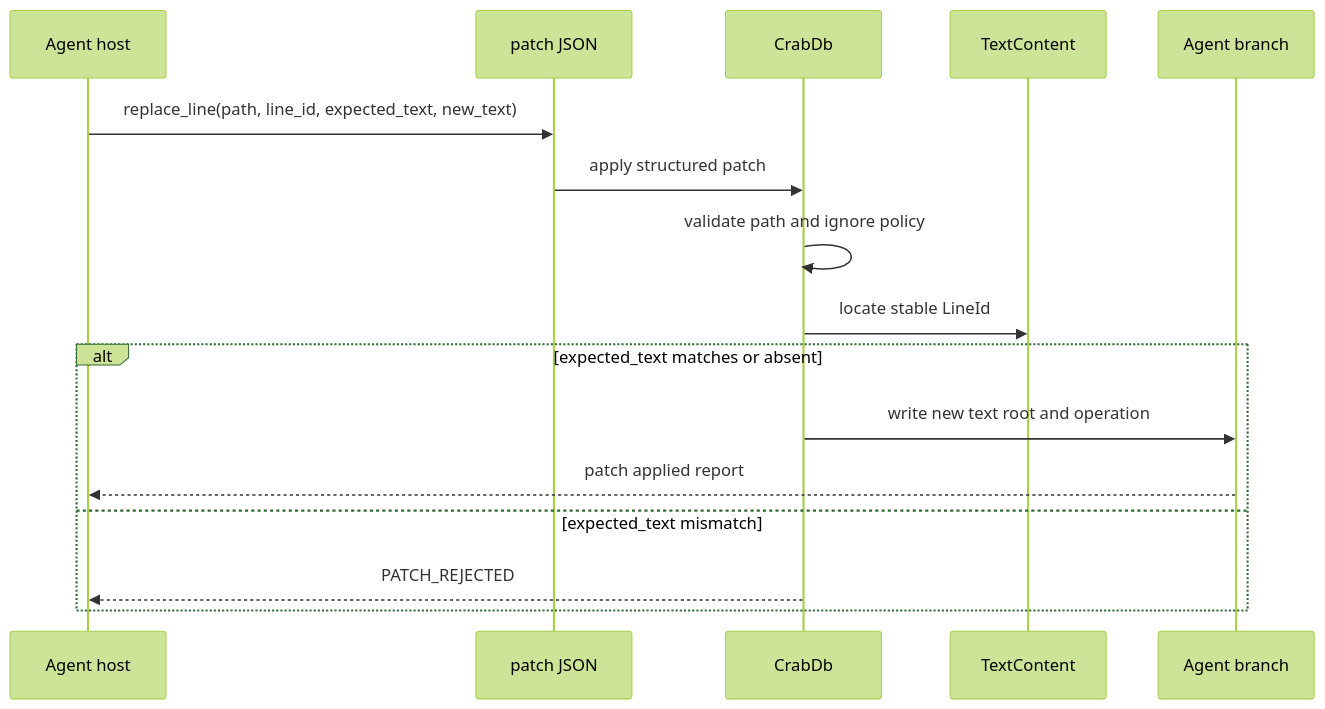
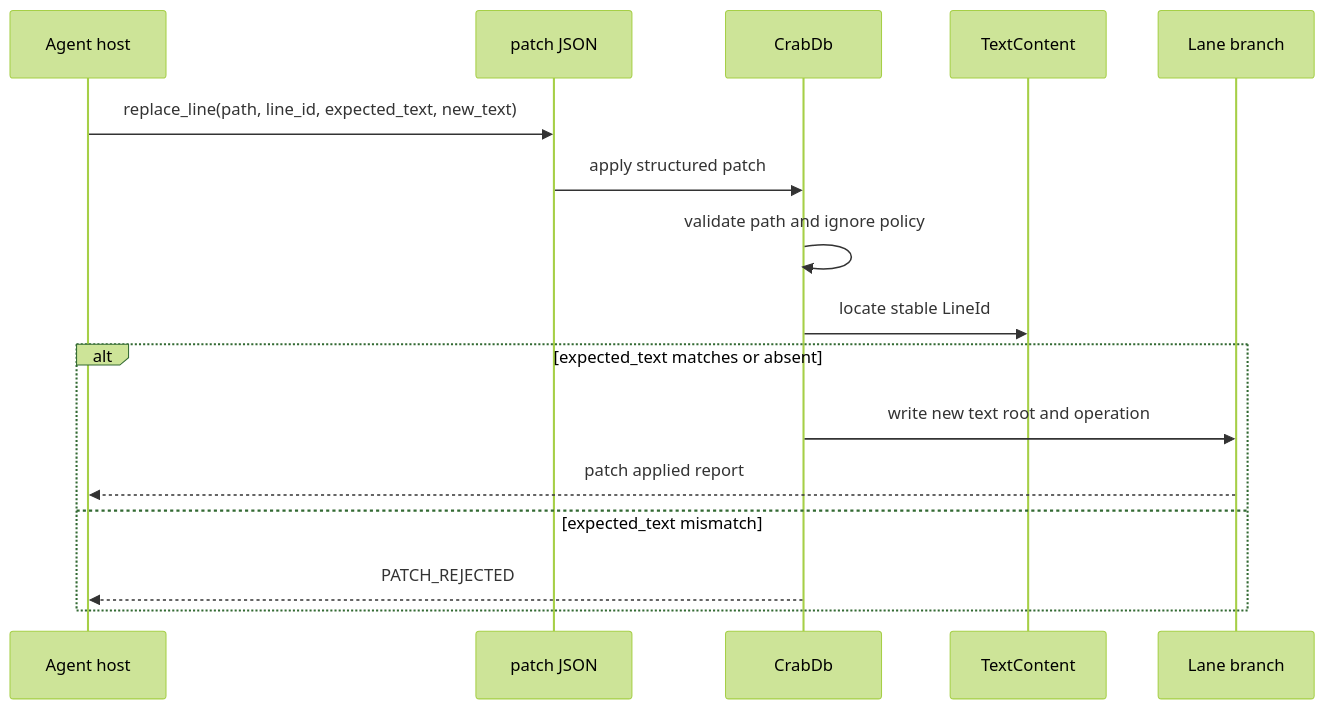
One commit to crabbuild/trail changed the third of 3 diagrams in docs/design/text-and-line-identity.md. Above: the diagram before and after it, drawn with Mermaid (forest theme). The commit also changed other lines of this file and 298 other files, not shown here.

````diff
--- a/docs/design/text-and-line-identity.md
+++ b/docs/design/text-and-line-identity.md
@@ -129,19 +129,19 @@
 ```mermaid
 sequenceDiagram
     participant Host as Agent host
     participant Patch as patch JSON
     participant DB as CrabDb
     participant Text as TextContent
-    participant Branch as Agent branch
+    participant Branch as Lane branch
 
     Host->>Patch: replace_line(path, line_id, expected_text, new_text)
     Patch->>DB: apply structured patch
     DB->>DB: validate path and ignore policy
     DB->>Text: locate stable LineId
     alt expected_text matches or absent
         DB->>Branch: write new text root and operation
         Branch-->>Host: patch applied report
     else expected_text mismatch
         DB-->>Host: PATCH_REJECTED
     end
 ```
````
